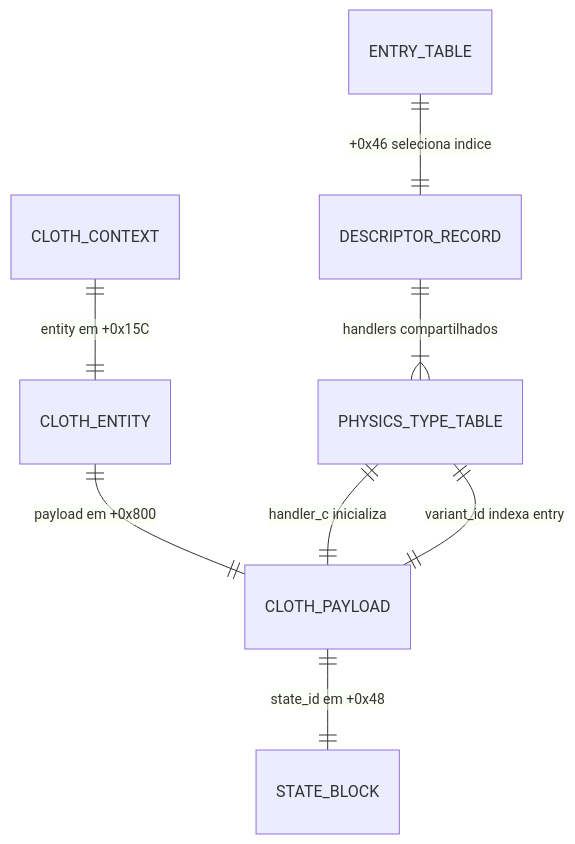
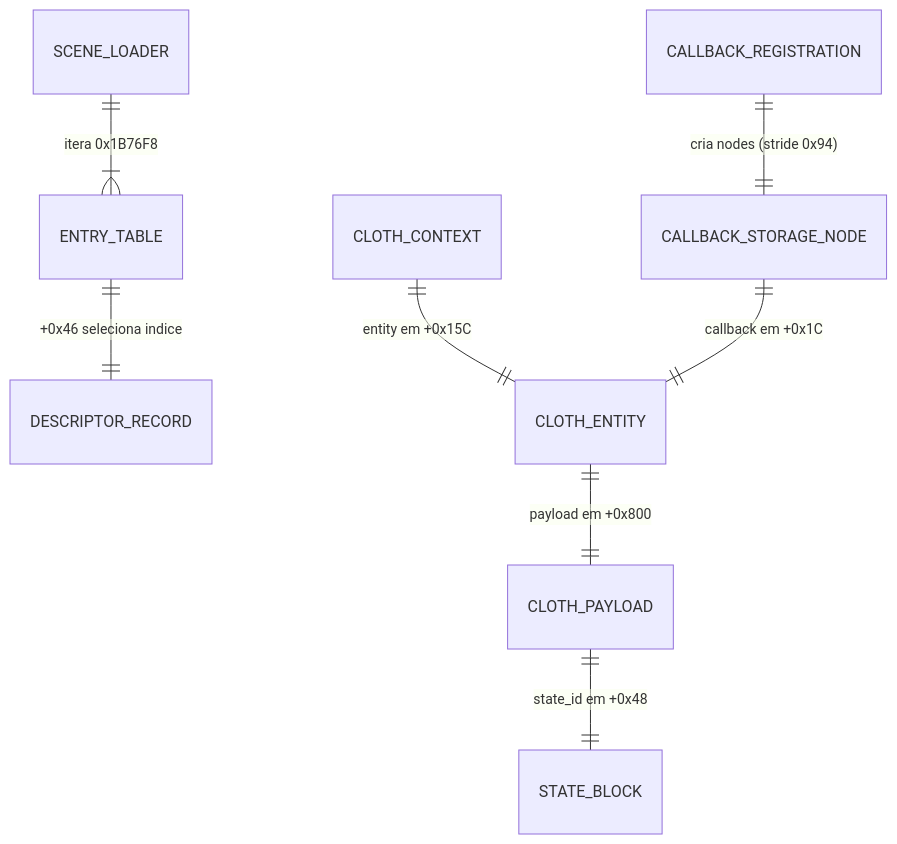
The diagram in docs/data-model.md (odevpedro/ico-reconstruction), drawn with Mermaid before and after one commit. The commit also changed other lines of this file and 5 other files, not shown here.

First line of the commit message:
docs: add Rev.059 — table reader correction + callback chain full analysis

````diff
--- a/docs/data-model.md
+++ b/docs/data-model.md
@@ -30,10 +30,10 @@
 ```mermaid
 erDiagram
     ENTRY_TABLE ||--|| DESCRIPTOR_RECORD : "+0x46 seleciona indice"
-    DESCRIPTOR_RECORD ||--|{ PHYSICS_TYPE_TABLE : "handlers compartilhados"
+    SCENE_LOADER ||--|{ ENTRY_TABLE : "itera 0x1B76F8"
     CLOTH_CONTEXT ||--|| CLOTH_ENTITY : "entity em +0x15C"
     CLOTH_ENTITY ||--|| CLOTH_PAYLOAD : "payload em +0x800"
-    CLOTH_PAYLOAD ||--|| PHYSICS_TYPE_TABLE : "variant_id indexa entry"
-    PHYSICS_TYPE_TABLE ||--|| CLOTH_PAYLOAD : "handler_c inicializa"
     CLOTH_PAYLOAD ||--|| STATE_BLOCK : "state_id em +0x48"
+    CALLBACK_STORAGE_NODE ||--|| CLOTH_ENTITY : "callback em +0x1C"
+    CALLBACK_REGISTRATION ||--|| CALLBACK_STORAGE_NODE : "cria nodes (stride 0x94)"
 ```
````
